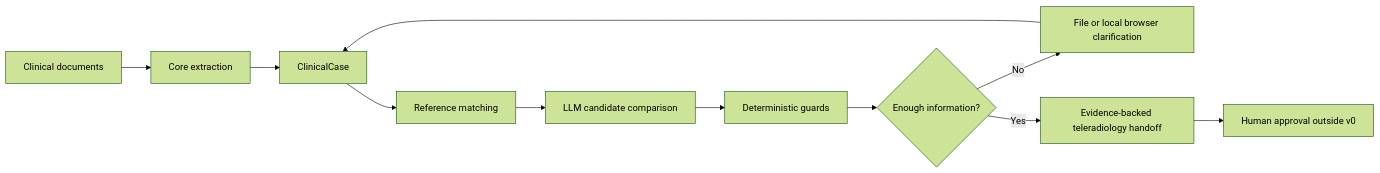
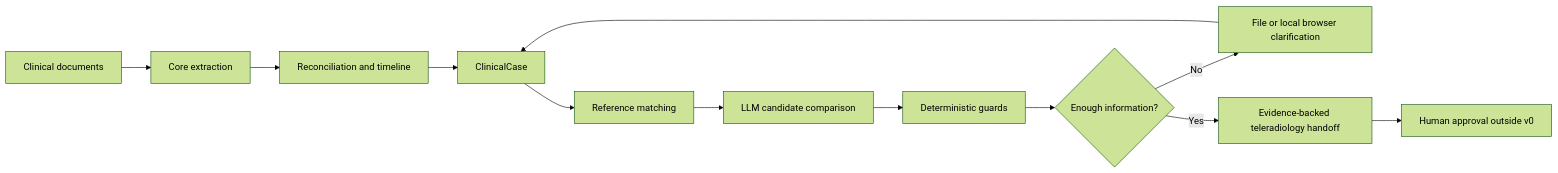
The diagram in docs/README.md (Thibescobar/bulkinout), drawn with Mermaid (forest theme) before and after one commit. The commit also changed other lines of this file and 47 other files, not shown here.

Commit message:
Add clinical reconciliation and timeline

````diff
--- a/docs/README.md
+++ b/docs/README.md
@@ -9,13 +9,14 @@
 ```mermaid
 flowchart LR
     A[Clinical documents] --> B[Core extraction]
-    B --> C[ClinicalCase]
-    C --> D[Reference matching]
-    D --> E[LLM candidate comparison]
-    E --> F[Deterministic guards]
-    F --> G{Enough information?}
-    G -- No --> H[File or local browser clarification]
-    H --> C
-    G -- Yes --> I[Evidence-backed teleradiology handoff]
-    I --> J[Human approval outside v0]
+    B --> C[Reconciliation and timeline]
+    C --> D[ClinicalCase]
+    D --> E[Reference matching]
+    E --> F[LLM candidate comparison]
+    F --> G[Deterministic guards]
+    G --> H{Enough information?}
+    H -- No --> I[File or local browser clarification]
+    I --> D
+    H -- Yes --> J[Evidence-backed teleradiology handoff]
+    J --> K[Human approval outside v0]
 ```
````
